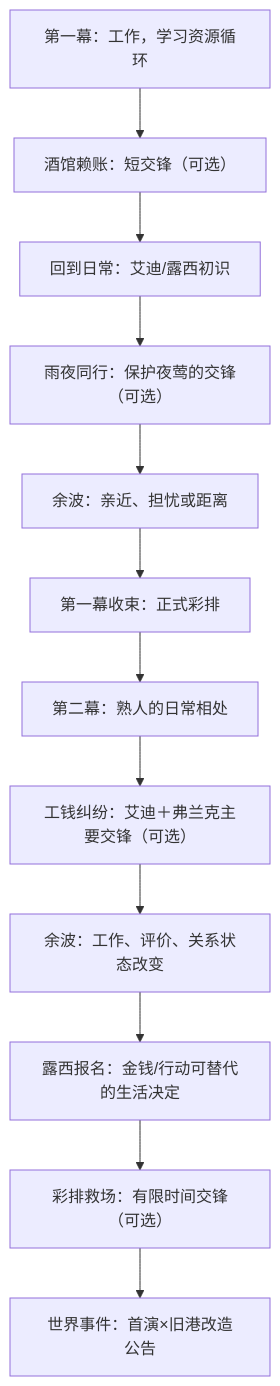
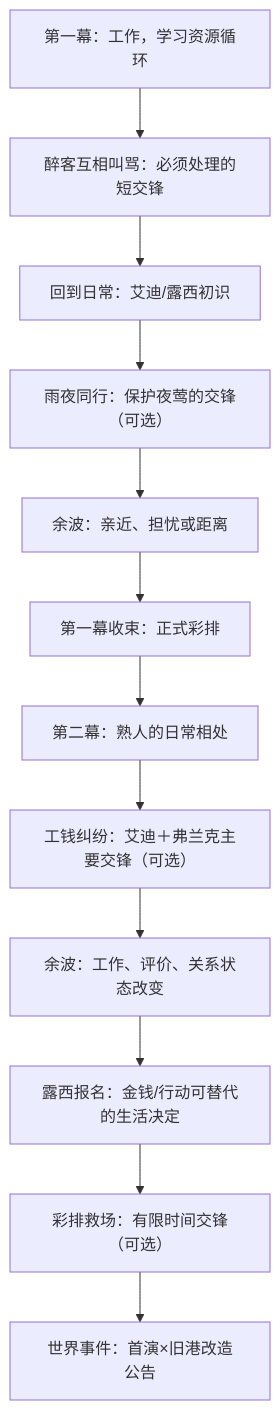
One commit to guopanqi/ssnoir changed the third of 3 diagrams in docs/章节内容手稿/第一章_人物与交锋设计/00_第一章总纲_这座城里的人.md. Above: the diagram before and after it, drawn with Mermaid. The commit also changed other lines of this file and 131 other files, not shown here.

````diff
--- a/docs/章节内容手稿/第一章_人物与交锋设计/00_第一章总纲_这座城里的人.md
+++ b/docs/章节内容手稿/第一章_人物与交锋设计/00_第一章总纲_这座城里的人.md
@@ -99,14 +99,14 @@
 ```mermaid
 flowchart TD
-    A["第一幕：工作，学习资源循环"] --> B["酒馆赖账：短交锋（可选）"]
+    A["第一幕：工作，学习资源循环"] --> B["醉客互相叫骂：必须处理的短交锋"]
     B --> C["回到日常：艾迪/露西初识"]
     C --> D["雨夜同行：保护夜莺的交锋（可选）"]
     D --> E["余波：亲近、担忧或距离"]
     E --> F["第一幕收束：正式彩排"]
     F --> G["第二幕：熟人的日常相处"]
     G --> H["工钱纠纷：艾迪＋弗兰克主要交锋（可选）"]
     H --> I["余波：工作、评价、关系状态改变"]
     I --> J["露西报名：金钱/行动可替代的生活决定"]
     J --> K["彩排救场：有限时间交锋（可选）"]
     K --> L["世界事件：首演×旧港改造公告"]
 ```
````
